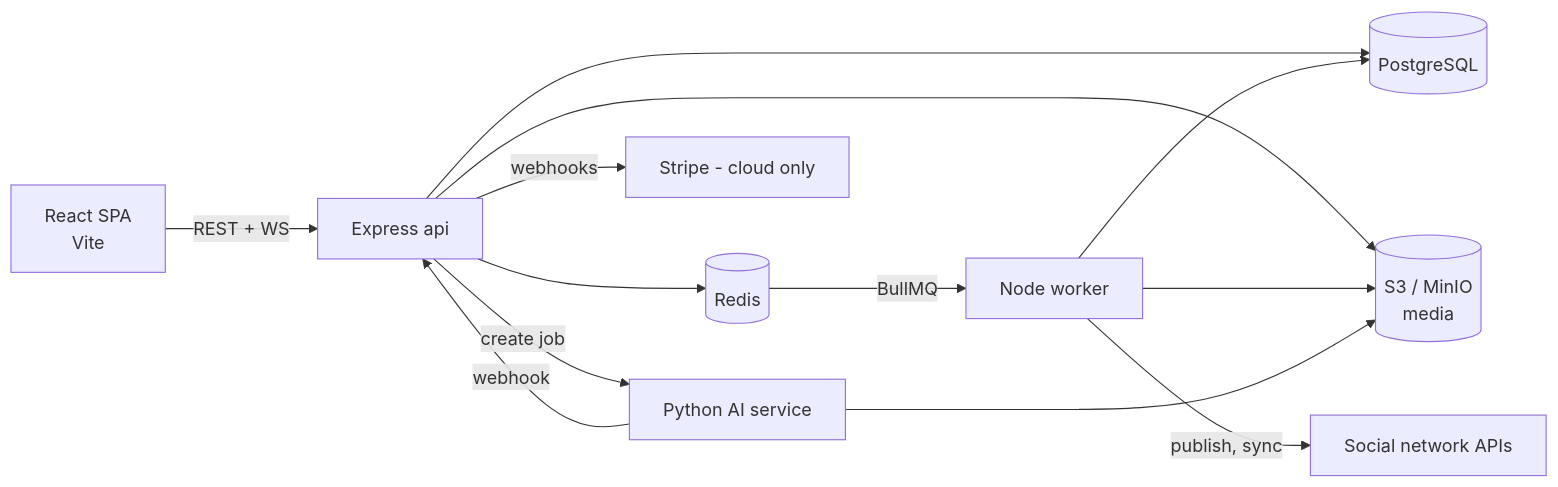
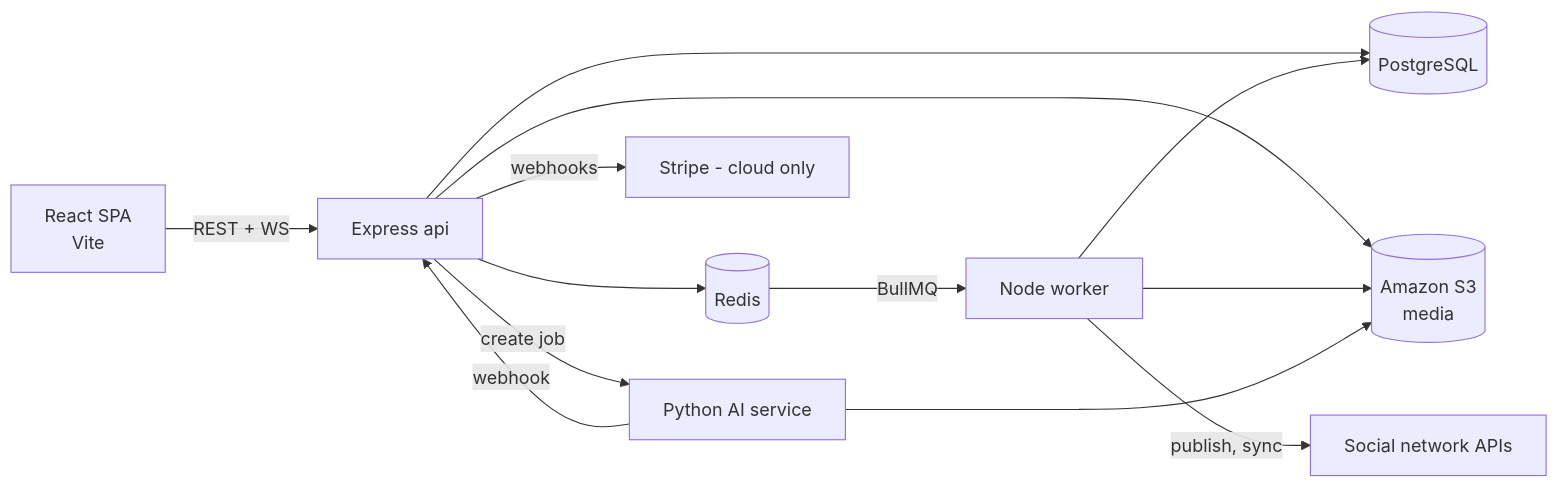
The first of 3 diagrams in docs/architecture.md (socioboard/Socioboard-5.0), drawn with Mermaid before and after one commit. The commit also changed other lines of this file and 6 other files, not shown here.

First line of the commit message:
docs: use Amazon S3 for media storage

````diff
--- a/docs/architecture.md
+++ b/docs/architecture.md
@@ -93,15 +93,15 @@
 ```mermaid
 flowchart LR
   web[React SPA<br/>Vite] -->|REST + WS| api[Express api]
   api --> pg[(PostgreSQL)]
   api --> redis[(Redis)]
-  api --> s3[(S3 / MinIO<br/>media)]
+  api --> s3[(Amazon S3<br/>media)]
   redis -->|BullMQ| worker[Node worker]
   worker --> pg
   worker --> s3
   worker -->|publish, sync| social[Social network APIs]
   api -->|create job| ai[Python AI service]
   ai -->|webhook| api
   ai --> s3
   api -->|webhooks| stripe[Stripe - cloud only]
 ```
````
